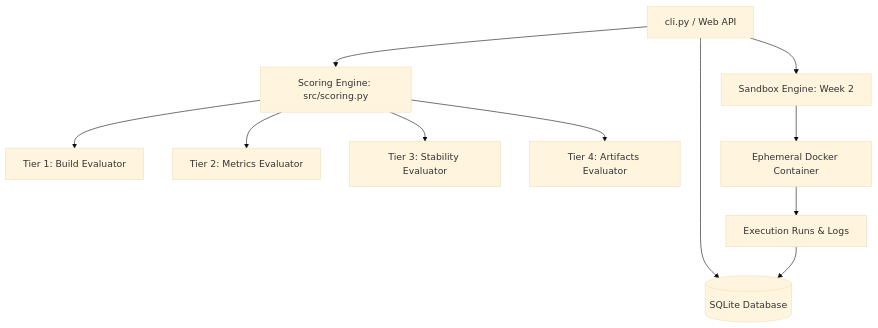
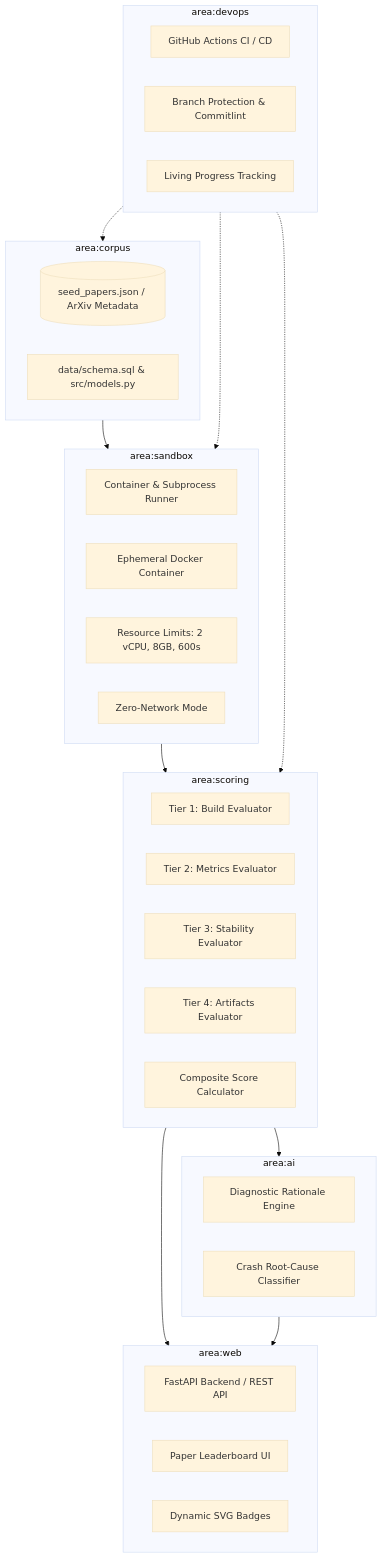
One commit to yusufkartal0009-eng/appendix_controller_for_articles changed the diagram in docs/ARCHITECTURE.md. Above: the diagram before and after it, drawn with Mermaid (base theme). The commit also changed other lines of this file and 4 other files, not shown here.

````diff
--- a/docs/ARCHITECTURE.md
+++ b/docs/ARCHITECTURE.md
@@ -9,13 +9,48 @@
 ```mermaid
 graph TD
-    CLI[cli.py / Web API] --> DB[(SQLite Database)]
-    CLI --> SC[Scoring Engine: src/scoring.py]
-    SC --> T1[Tier 1: Build Evaluator]
-    SC --> T2[Tier 2: Metrics Evaluator]
-    SC --> T3[Tier 3: Stability Evaluator]
-    SC --> T4[Tier 4: Artifacts Evaluator]
-    CLI --> SB[Sandbox Engine: Week 2]
-    SB --> DOCKER[Ephemeral Docker Container]
-    DOCKER --> RUNS[Execution Runs & Logs]
-    RUNS --> DB
+    subgraph CORPUS [area:corpus]
+        PAPERS[(seed_papers.json / ArXiv Metadata)]
+        SCHEMA[data/schema.sql & src/models.py]
+    end
+
+    subgraph SANDBOX [area:sandbox]
+        RUNNER[Container & Subprocess Runner]
+        DOCKER[Ephemeral Docker Container]
+        CGROUPS[Resource Limits: 2 vCPU, 8GB, 600s]
+        NETISOL[Zero-Network Mode]
+    end
+
+    subgraph SCORING [area:scoring]
+        T1[Tier 1: Build Evaluator]
+        T2[Tier 2: Metrics Evaluator]
+        T3[Tier 3: Stability Evaluator]
+        T4[Tier 4: Artifacts Evaluator]
+        COMPOSITE[Composite Score Calculator]
+    end
+
+    subgraph AI [area:ai]
+        DIAG[Diagnostic Rationale Engine]
+        CRASH[Crash Root-Cause Classifier]
+    end
+
+    subgraph WEB [area:web]
+        FASTAPI[FastAPI Backend / REST API]
+        LEADERBOARD[Paper Leaderboard UI]
+        BADGE[Dynamic SVG Badges]
+    end
+
+    subgraph DEVOPS [area:devops]
+        CI[GitHub Actions CI / CD]
+        RULES[Branch Protection & Commitlint]
+        PROGRESS[Living Progress Tracking]
+    end
+
+    CORPUS --> SANDBOX
+    SANDBOX --> SCORING
+    SCORING --> AI
+    SCORING --> WEB
+    AI --> WEB
+    DEVOPS -.-> CORPUS
+    DEVOPS -.-> SANDBOX
+    DEVOPS -.-> SCORING
 ```
````
